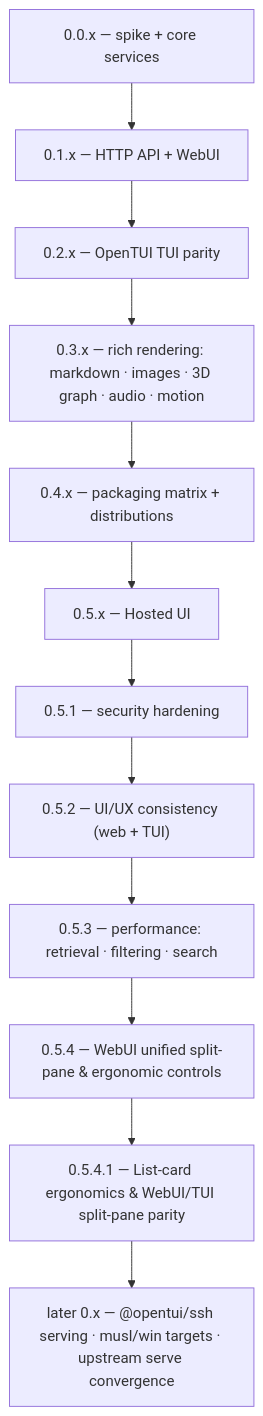
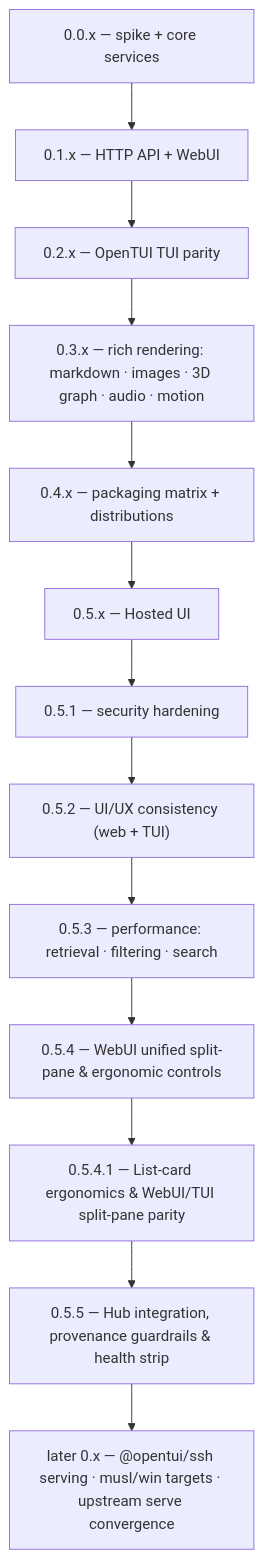
The diagram in ROADMAP.md (s-a-c/skills-ui), drawn with Mermaid before and after one commit. The commit also changed other lines of this file and 21 other files, not shown here.

Commit message:
feat(0.5.5): hub integration, provenance guardrails & read-only health strip

````diff
--- a/ROADMAP.md
+++ b/ROADMAP.md
@@ -5,14 +5,15 @@
 ```mermaid
 flowchart TB
   M0["0.0.x — spike + core services"] --> M1["0.1.x — HTTP API + WebUI"]
   M1 --> M2["0.2.x — OpenTUI TUI parity"]
   M2 --> M3["0.3.x — rich rendering: markdown · images · 3D graph · audio · motion"]
   M3 --> M4["0.4.x — packaging matrix + distributions"]
   M4 --> M5["0.5.x — Hosted UI"]
   M5 --> M5A["0.5.1 — security hardening"]
   M5A --> M5B["0.5.2 — UI/UX consistency (web + TUI)"]
   M5B --> M5C["0.5.3 — performance: retrieval · filtering · search"]
   M5C --> M5D["0.5.4 — WebUI unified split-pane & ergonomic controls"]
   M5D --> M5E["0.5.4.1 — List-card ergonomics & WebUI/TUI split-pane parity"]
-  M5E --> MX["later 0.x — @opentui/ssh serving · musl/win targets · upstream serve convergence"]
+  M5E --> M5F["0.5.5 — Hub integration, provenance guardrails & health strip"]
+  M5F --> MX["later 0.x — @opentui/ssh serving · musl/win targets · upstream serve convergence"]
 ```
````
